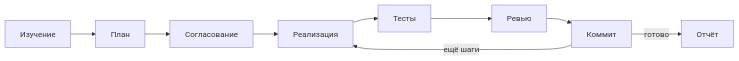
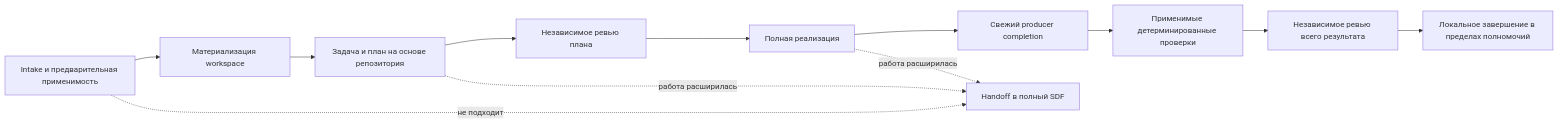
One commit to moira-mcp/moira changed the diagram in packages/docs/src/content/docs/ru/docs/reference/workflows/software-development-lite.mdx. Above: the diagram before and after it, drawn with Mermaid. The commit also changed other lines of this file and 19 other files, not shown here.

````diff
--- a/packages/docs/src/content/docs/ru/docs/reference/workflows/software-development-lite.mdx
+++ b/packages/docs/src/content/docs/ru/docs/reference/workflows/software-development-lite.mdx
@@ -22,6 +27,14 @@
 ```mermaid
 flowchart LR
-    A[Изучение] --> B[План] --> C[Согласование] --> D[Реализация] --> E[Тесты] --> F[Ревью] --> G[Коммит]
-    G -->|ещё шаги| D
-    G -->|готово| H[Отчёт]
+    A[Intake и предварительная применимость] --> B[Материализация workspace]
+    B --> C[Задача и план на основе репозитория]
+    C --> D[Независимое ревью плана]
+    D --> E[Полная реализация]
+    E --> F[Свежий producer completion]
+    F --> G[Применимые детерминированные проверки]
+    G --> H[Независимое ревью всего результата]
+    H --> I[Локальное завершение в пределах полномочий]
+    A -. не подходит .-> J[Handoff в полный SDF]
+    C -. работа расширилась .-> J
+    E -. работа расширилась .-> J
 ```
````
